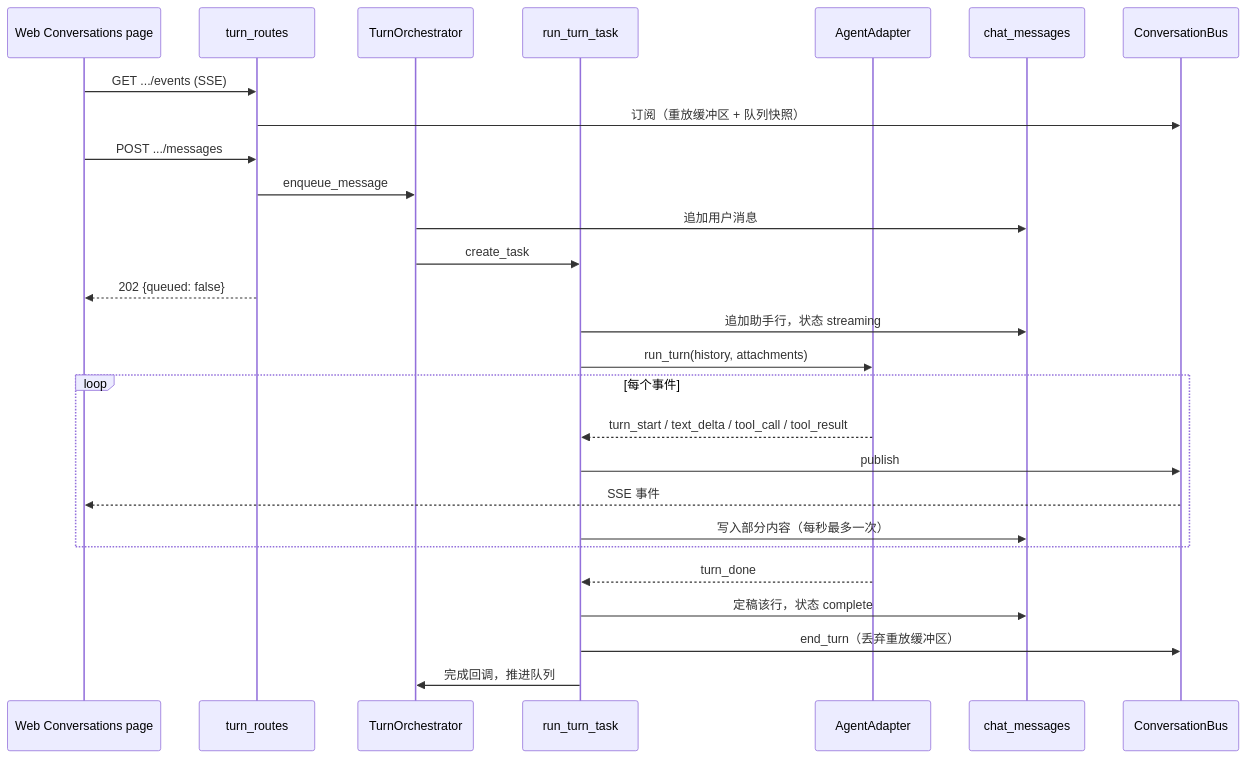
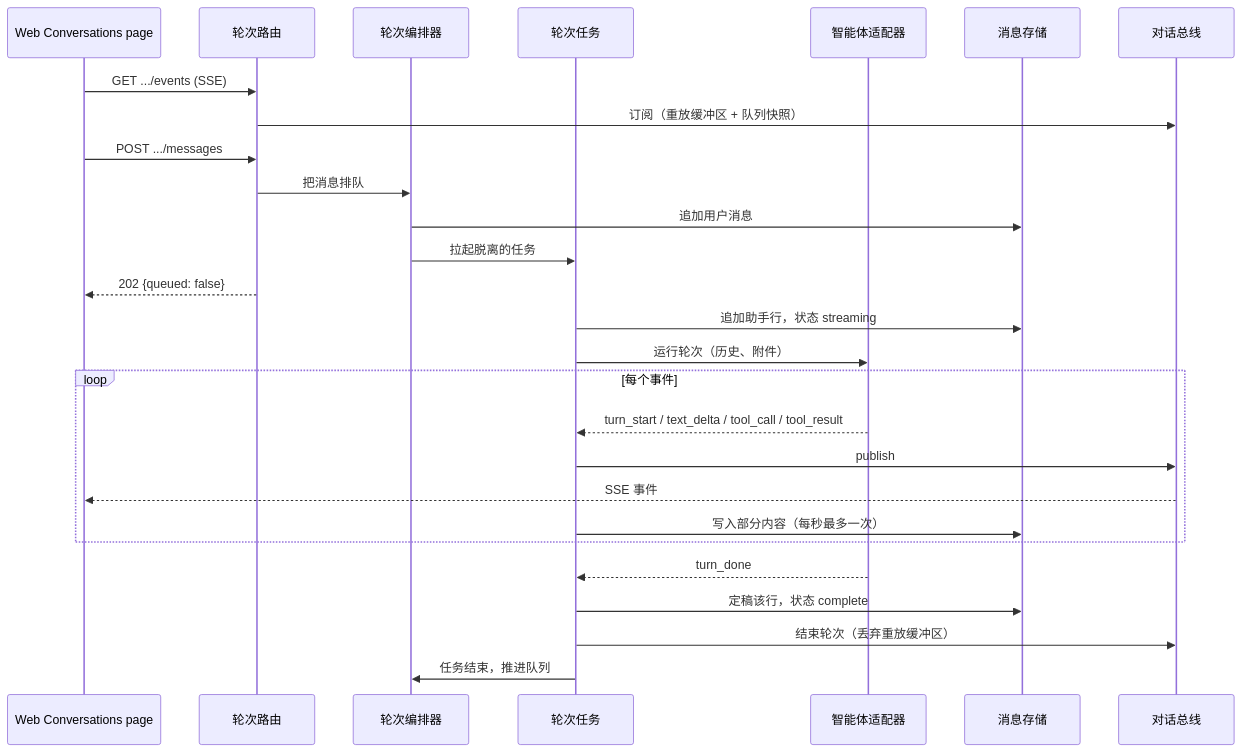
Before and after one commit to wyx-sg/Coffer: the first of 3 diagrams in docs-site/zh/architecture/chat.md, drawn with Mermaid. The commit also changed other lines of this file and 29 other files, not shown here.

First line of the commit message:
docs(site): explain the architecture in plain terms, without source detail

````diff
--- a/docs-site/zh/architecture/chat.md
+++ b/docs-site/zh/architecture/chat.md
@@ -93,30 +93,30 @@
 ```mermaid
 sequenceDiagram
     participant UI as Web Conversations page
-    participant API as turn_routes
-    participant O as TurnOrchestrator
-    participant R as run_turn_task
-    participant A as AgentAdapter
-    participant DB as chat_messages
-    participant Bus as ConversationBus
+    participant API as 轮次路由
+    participant O as 轮次编排器
+    participant R as 轮次任务
+    participant A as 智能体适配器
+    participant DB as 消息存储
+    participant Bus as 对话总线
 
     UI->>API: GET .../events (SSE)
     API->>Bus: 订阅（重放缓冲区 + 队列快照）
     UI->>API: POST .../messages
-    API->>O: enqueue_message
+    API->>O: 把消息排队
     O->>DB: 追加用户消息
-    O->>R: create_task
+    O->>R: 拉起脱离的任务
     API-->>UI: 202 {queued: false}
     R->>DB: 追加助手行，状态 streaming
-    R->>A: run_turn(history, attachments)
+    R->>A: 运行轮次（历史、附件）
     loop 每个事件
         A-->>R: turn_start / text_delta / tool_call / tool_result
         R->>Bus: publish
         Bus-->>UI: SSE 事件
         R->>DB: 写入部分内容（每秒最多一次）
     end
     A-->>R: turn_done
     R->>DB: 定稿该行，状态 complete
-    R->>Bus: end_turn（丢弃重放缓冲区）
-    R->>O: 完成回调，推进队列
+    R->>Bus: 结束轮次（丢弃重放缓冲区）
+    R->>O: 任务结束，推进队列
 ```
````
